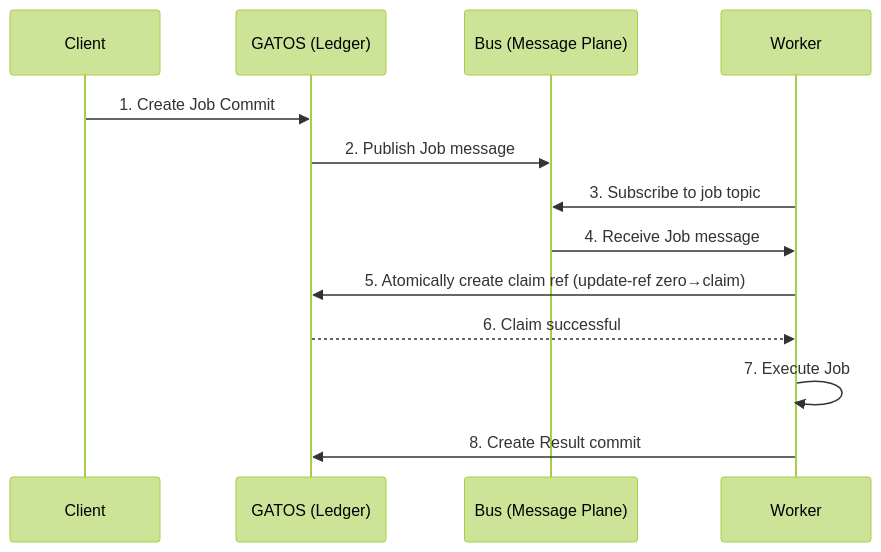
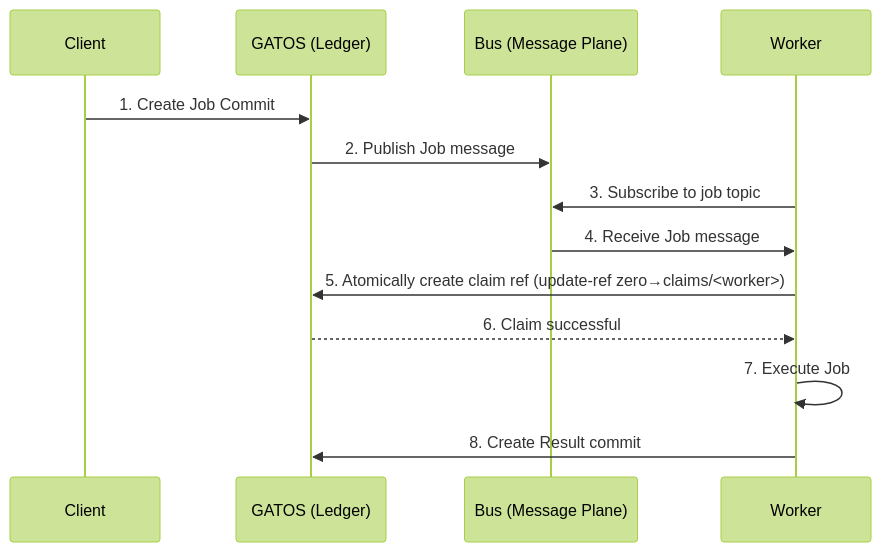
Diagram 14 of 15 in docs/TECH-SPEC.md (flyingrobots/gatos), drawn with Mermaid (forest theme) before and after one commit. The commit also changed other lines of this file and 48 other files, not shown here.

````diff
--- a/docs/TECH-SPEC.md
+++ b/docs/TECH-SPEC.md
@@ -641,16 +641,16 @@
 ```mermaid
 sequenceDiagram
     participant Client
     participant GATOS (Ledger)
     participant Bus (Message Plane)
     participant Worker
 
     Client->>GATOS (Ledger): 1. Create Job Commit
     GATOS (Ledger)->>Bus (Message Plane): 2. Publish Job message
     Worker->>Bus (Message Plane): 3. Subscribe to job topic
     Bus (Message Plane)->>Worker: 4. Receive Job message
-    Worker->>GATOS (Ledger): 5. Atomically create claim ref (update-ref zero→claim)
+    Worker->>GATOS (Ledger): 5. Atomically create claim ref (update-ref zero→claims/<worker>)
     GATOS (Ledger)-->>Worker: 6. Claim successful
     Worker->>Worker: 7. Execute Job
     Worker->>GATOS (Ledger): 8. Create Result commit
 ```
````
